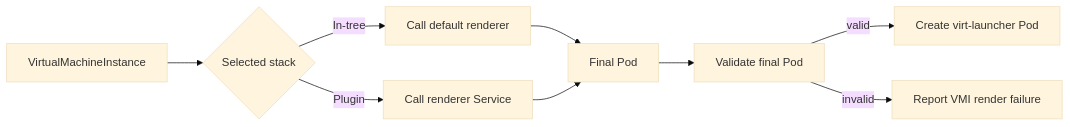
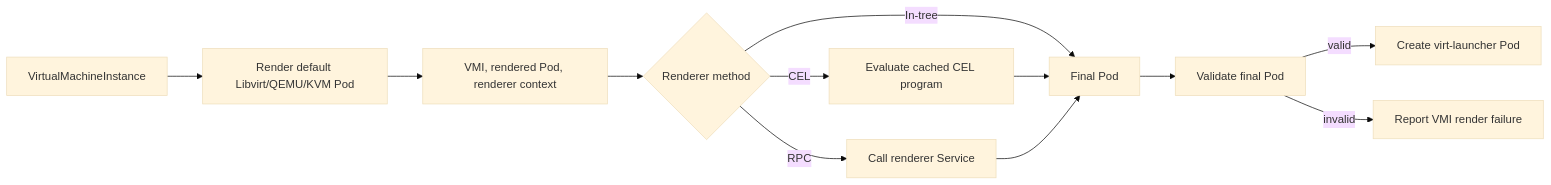
One commit to kubevirt/enhancements changed the diagram in veps/sig-compute/487-virt-ctrl-plugin/vep.md. Above: the diagram before and after it, drawn with Mermaid (base theme). The commit also changed other lines of this file, not shown here.

Commit message:
Re-add CEL method for virt-controller plugin

````diff
--- a/veps/sig-compute/487-virt-ctrl-plugin/vep.md
+++ b/veps/sig-compute/487-virt-ctrl-plugin/vep.md
@@ -147,11 +152,14 @@
 ```mermaid
 flowchart LR
-    VMI[VirtualMachineInstance] --> Select{Selected stack}
-    Select -->|In-tree| Default[Call default renderer]
-    Select -->|Plugin| RPC[Call renderer Service]
-    Default --> Final[Final Pod]
+    VMI[VirtualMachineInstance] --> Default[Render default Libvirt/QEMU/KVM Pod]
+    Default --> Request[VMI, rendered Pod, renderer context]
+    Request --> Select{Renderer method}
+    Select -->|In-tree| Final[Final Pod]
+    Select -->|CEL| CEL[Evaluate cached CEL program]
+    Select -->|RPC| RPC[Call renderer Service]
+    CEL --> Final
     RPC --> Final
     Final --> Validate[Validate final Pod]
     Validate -->|valid| Create[Create virt-launcher Pod]
     Validate -->|invalid| Failure[Report VMI render failure]
 ```
````
